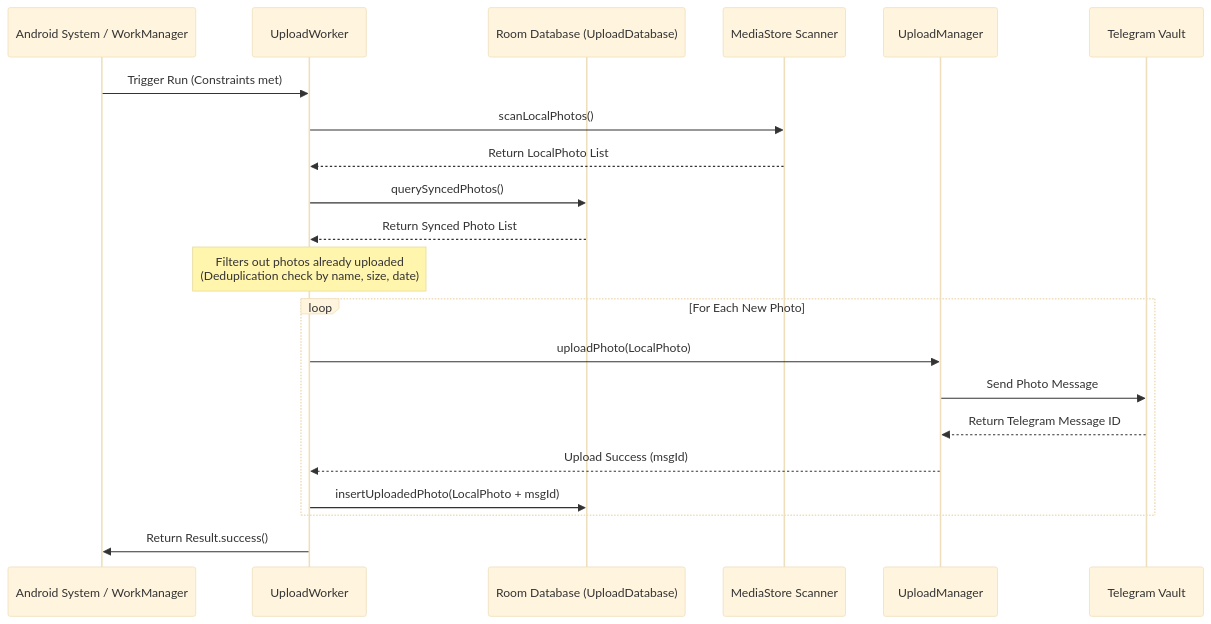
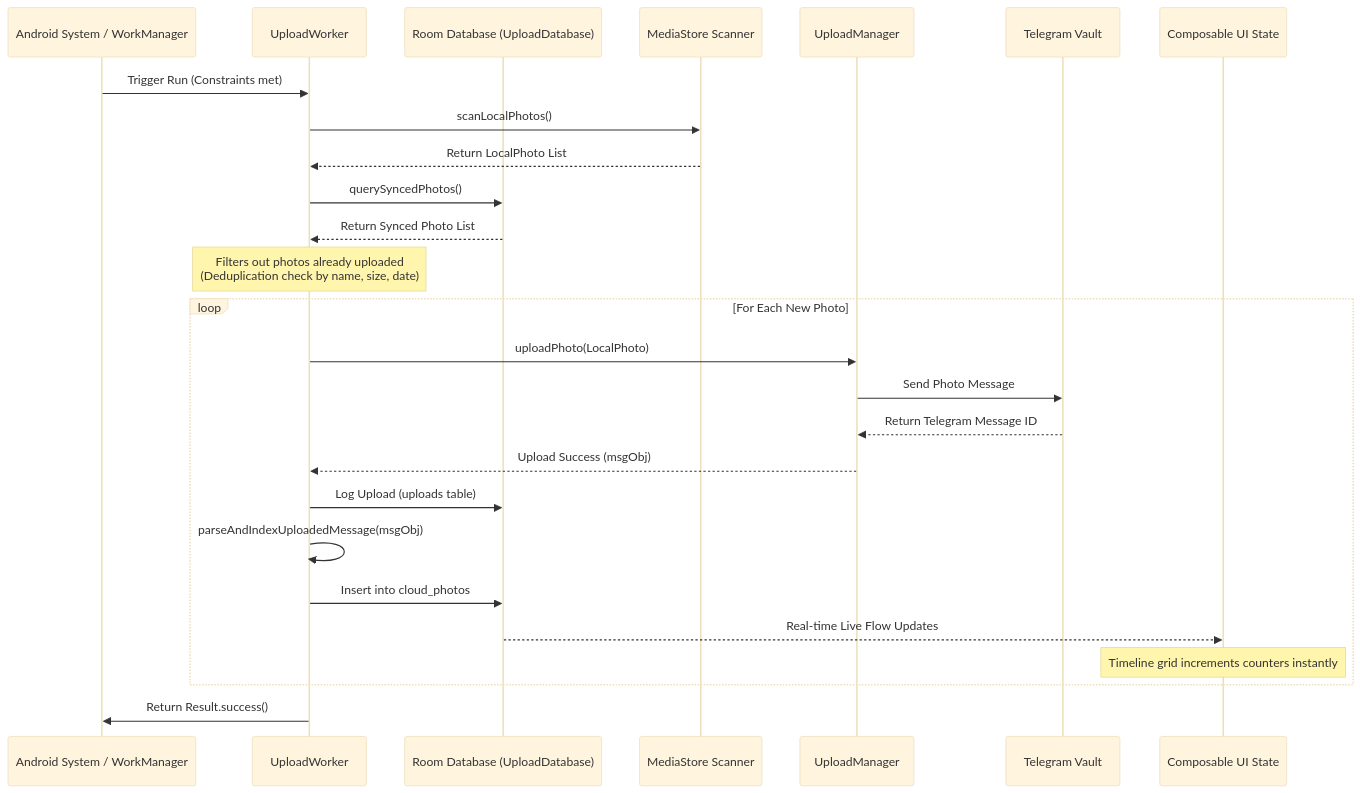
One commit to ssJvirtually/telegallery-android changed the fourth of 7 diagrams in application_flows.md. Above: the diagram before and after it, drawn with Mermaid (base theme). The commit also changed other lines of this file and 111 other files, not shown here.

````diff
--- a/application_flows.md
+++ b/application_flows.md
@@ -99,25 +101,30 @@
 ```mermaid
 sequenceDiagram
     participant OS as Android System / WorkManager
     participant Worker as UploadWorker
     participant DB as Room Database (UploadDatabase)
     participant MS as MediaStore Scanner
     participant Upload as UploadManager
     participant TG as Telegram Vault
+    participant UI as Composable UI State
 
     OS->>Worker: Trigger Run (Constraints met)
     Worker->>MS: scanLocalPhotos()
     MS-->>Worker: Return LocalPhoto List
     Worker->>DB: querySyncedPhotos()
     DB-->>Worker: Return Synced Photo List
     Note over Worker: Filters out photos already uploaded<br/>(Deduplication check by name, size, date)
     
     loop For Each New Photo
         Worker->>Upload: uploadPhoto(LocalPhoto)
         Upload->>TG: Send Photo Message
         TG-->>Upload: Return Telegram Message ID
-        Upload-->>Worker: Upload Success (msgId)
-        Worker->>DB: insertUploadedPhoto(LocalPhoto + msgId)
+        Upload-->>Worker: Upload Success (msgObj)
+        Worker->>DB: Log Upload (uploads table)
+        Worker->>Worker: parseAndIndexUploadedMessage(msgObj)
+        Worker->>DB: Insert into cloud_photos
+        DB-->>UI: Real-time Live Flow Updates
+        Note over UI: Timeline grid increments counters instantly
     end
     Worker->>OS: Return Result.success()
 ```
````
